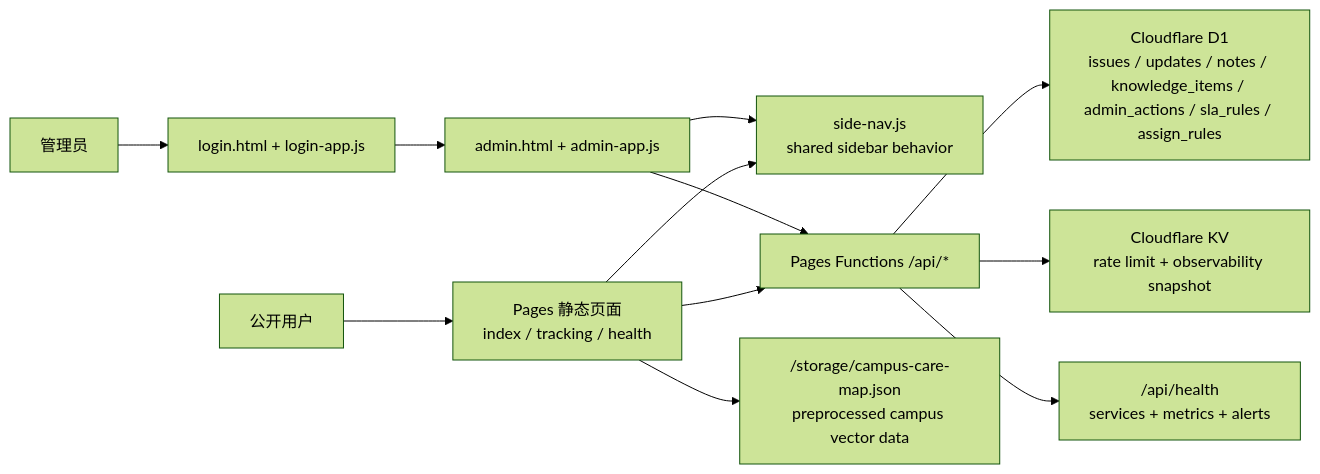
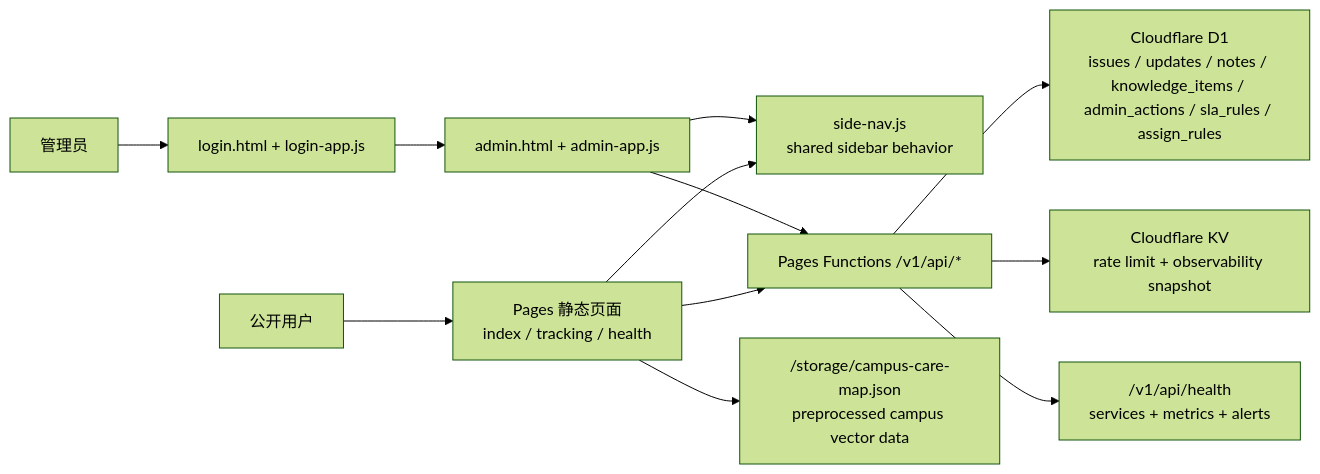
One commit to Calvin-Xia/web_message changed the diagram in README.md. Above: the diagram before and after it, drawn with Mermaid (forest theme). The commit also changed other lines of this file and 28 other files, not shown here.

````diff
--- a/README.md
+++ b/README.md
@@ -36,14 +36,14 @@
 ```mermaid
 flowchart LR
     User["公开用户"] --> Static["Pages 静态页面\nindex / tracking / health"]
     Admin["管理员"] --> LoginUI["login.html + login-app.js"]
     LoginUI --> AdminUI["admin.html + admin-app.js"]
     Static --> SideNav["side-nav.js\nshared sidebar behavior"]
     AdminUI --> SideNav
-    Static --> API["Pages Functions /api/*"]
+    Static --> API["Pages Functions /v1/api/*"]
     Static --> MapAsset["/storage/campus-care-map.json\npreprocessed campus vector data"]
     AdminUI --> API
     API --> D1["Cloudflare D1\nissues / updates / notes / knowledge_items / admin_actions / sla_rules / assign_rules"]
     API --> KV["Cloudflare KV\nrate limit + observability snapshot"]
-    API --> Health["/api/health\nservices + metrics + alerts"]
+    API --> Health["/v1/api/health\nservices + metrics + alerts"]
 ```
````
